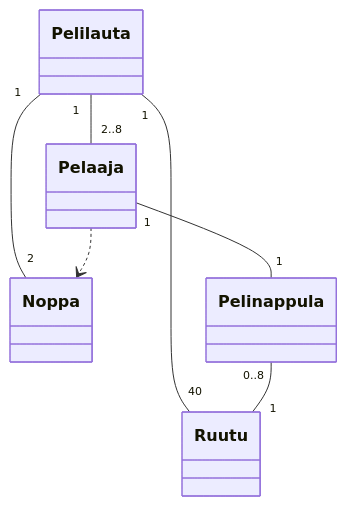
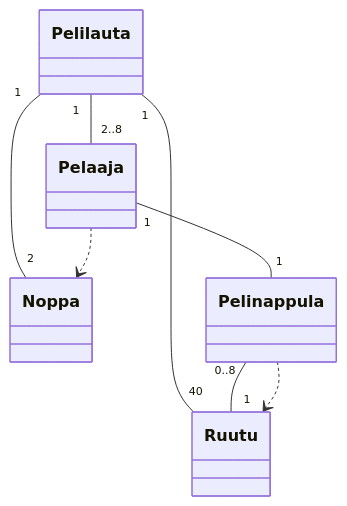
Before and after one commit to RedFoxFinn/ot-harjoitustyo: the diagram in README.md, drawn with Mermaid.

Commit message:
laskarit: vk3 monopoli

````diff
--- a/README.md
+++ b/README.md
@@ -19,15 +19,16 @@
 ```mermaid
   classDiagram
     Pelilauta "1" -- "40" Ruutu
     Pelilauta "1" -- "2" Noppa
     Pelilauta "1" -- "2..8" Pelaaja
     Pelaaja "1" -- "1" Pelinappula
     Pelinappula "0..8" -- "1" Ruutu
+    Pelinappula ..> Ruutu
     Pelaaja ..> Noppa
     class Pelaaja
     class Pelilauta
     class Pelinappula
     class Noppa
     class Ruutu
 
 ```
````
